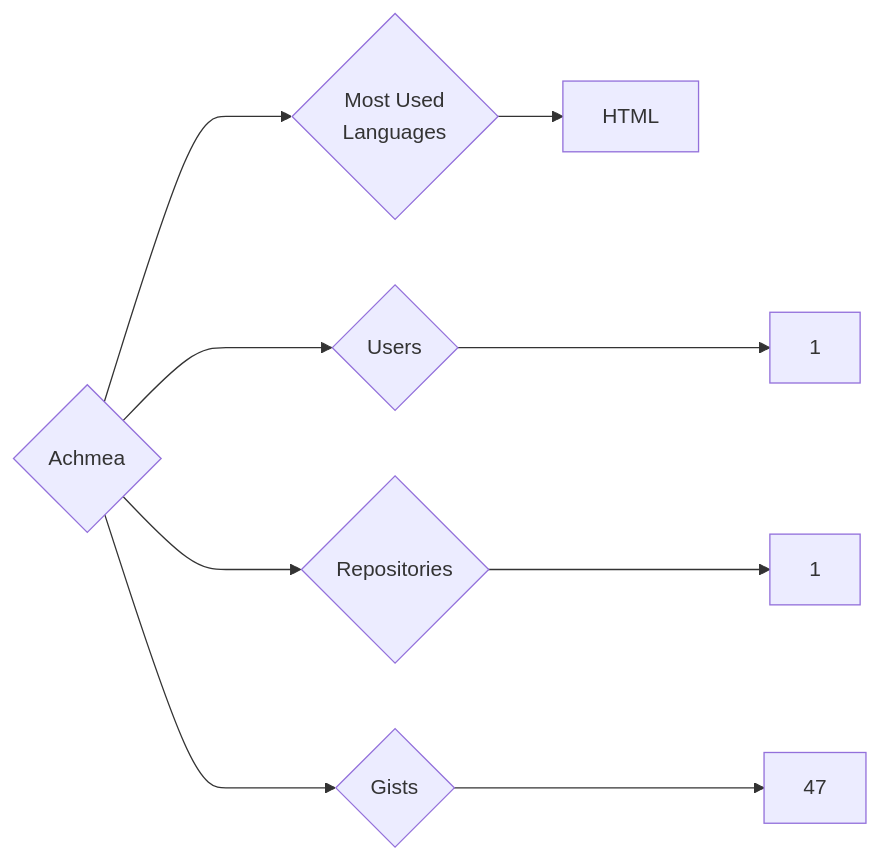
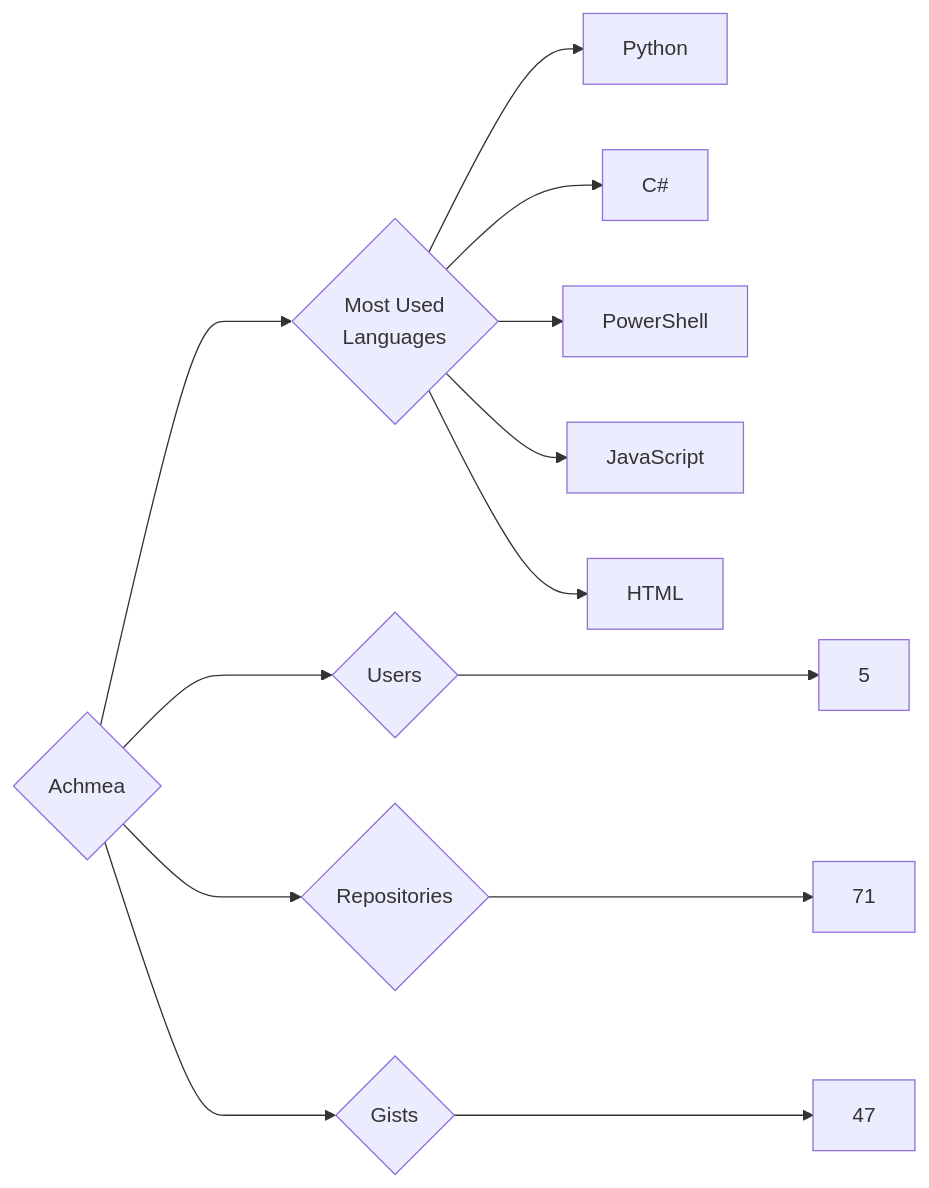
One commit to trickest/insiders changed the diagram in targets/Achmea/README.md. Above: the diagram before and after it, drawn with Mermaid. The commit also changed 1020 other files, not shown here.

````diff
--- a/targets/Achmea/README.md
+++ b/targets/Achmea/README.md
@@ -3,9 +3,13 @@
 ```mermaid
 graph LR
 COMPANY_NAME{Achmea}
-COMPANY_NAME ---> U{Users} ---> UN[1]
-COMPANY_NAME ---> R{Repositories} ---> RN[1]
+COMPANY_NAME ---> U{Users} ---> UN[5]
+COMPANY_NAME ---> R{Repositories} ---> RN[71]
 COMPANY_NAME ---> G{Gists} ---> GN[47]
 COMPANY_NAME ---> ML{Most Used<br>Languages}
+ML --> Python[Python]
+ML --> C#[C#]
+ML --> PowerShell[PowerShell]
+ML --> JavaScript[JavaScript]
 ML --> HTML[HTML]
 ```
````
